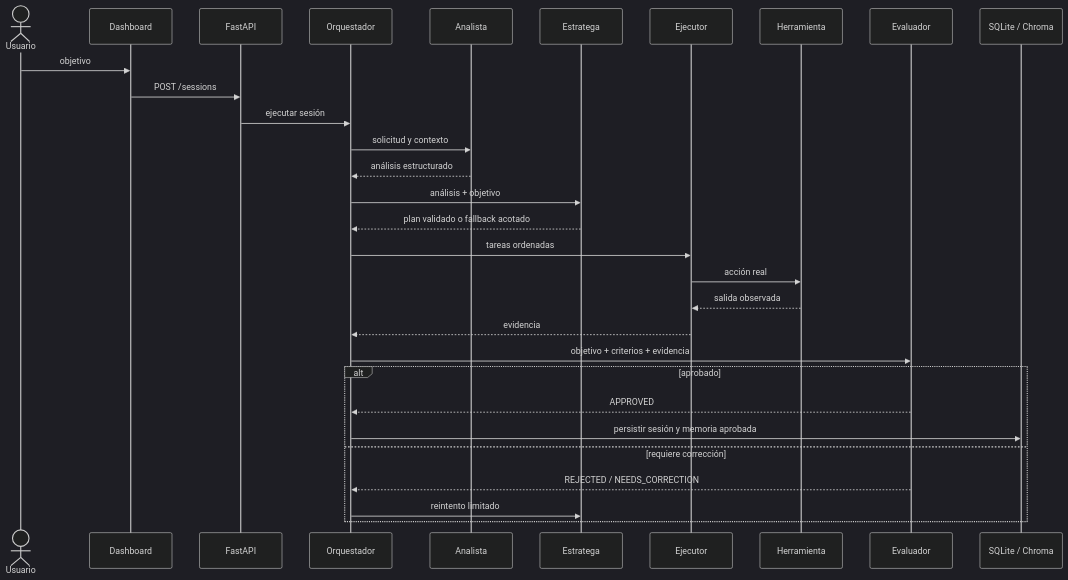
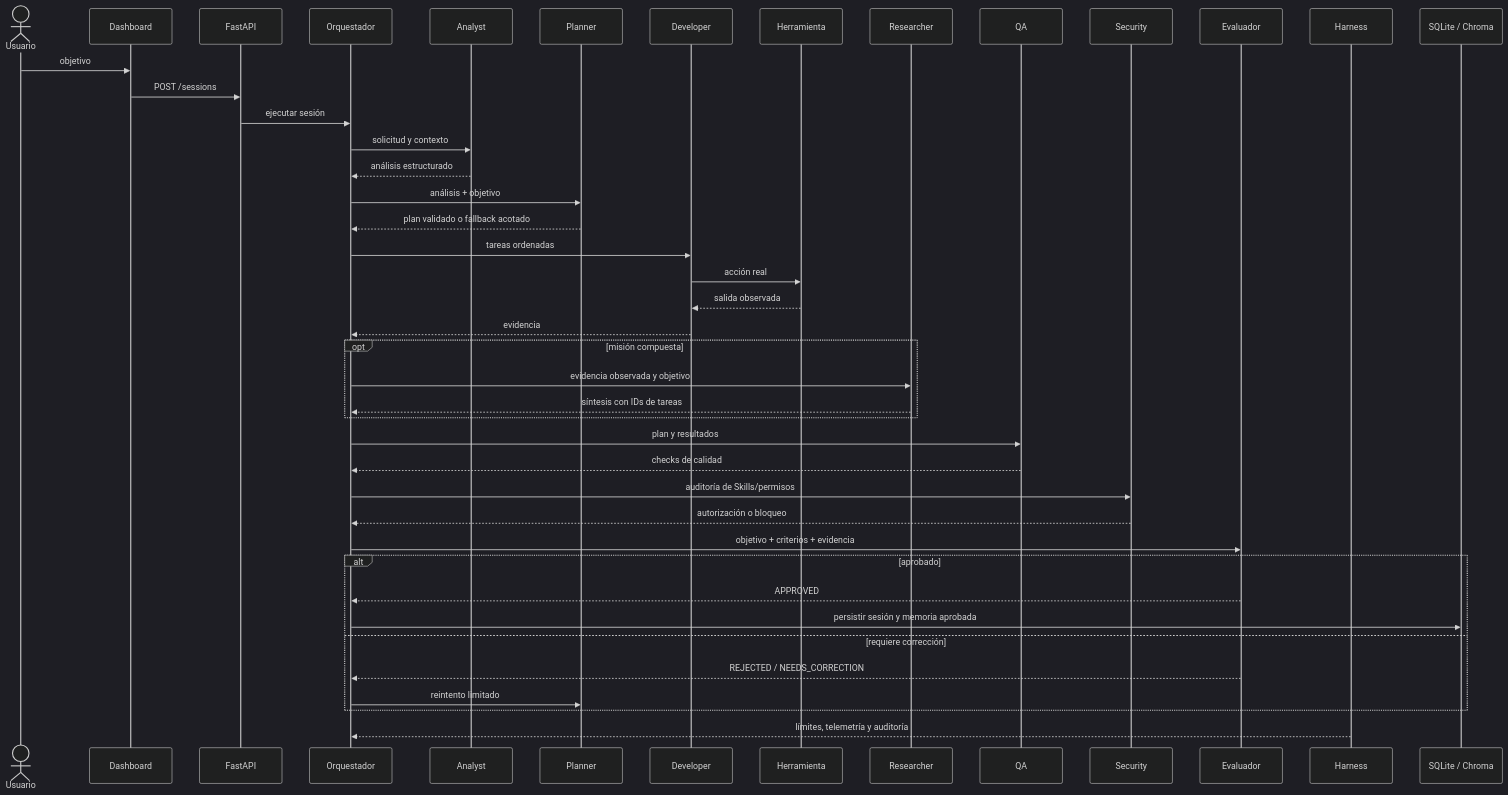
The first of 2 diagrams in DIAGRAMA.md (RubenArielArguello-ai/Copia-de-NEXO-MultiAgent-entrega), drawn with Mermaid (dark theme) before and after one commit. The commit also changed 31 other files, not shown here.

````diff
--- a/DIAGRAMA.md
+++ b/DIAGRAMA.md
@@ -5,32 +5,45 @@
 ```mermaid
 sequenceDiagram
   actor U as Usuario
   participant UI as Dashboard
   participant API as FastAPI
   participant O as Orquestador
-  participant A as Analista
-  participant S as Estratega
-  participant X as Ejecutor
+  participant A as Analyst
+  participant S as Planner
+  participant X as Developer
   participant T as Herramienta
+  participant R as Researcher
+  participant Q as QA
+  participant SC as Security
   participant E as Evaluador
+  participant H as Harness
   participant DB as SQLite / Chroma
   U->>UI: objetivo
   UI->>API: POST /sessions
   API->>O: ejecutar sesión
   O->>A: solicitud y contexto
   A-->>O: análisis estructurado
   O->>S: análisis + objetivo
   S-->>O: plan validado o fallback acotado
   O->>X: tareas ordenadas
   X->>T: acción real
   T-->>X: salida observada
   X-->>O: evidencia
+  opt misión compuesta
+    O->>R: evidencia observada y objetivo
+    R-->>O: síntesis con IDs de tareas
+  end
+  O->>Q: plan y resultados
+  Q-->>O: checks de calidad
+  O->>SC: auditoría de Skills/permisos
+  SC-->>O: autorización o bloqueo
   O->>E: objetivo + criterios + evidencia
   alt aprobado
     E-->>O: APPROVED
     O->>DB: persistir sesión y memoria aprobada
   else requiere corrección
     E-->>O: REJECTED / NEEDS_CORRECTION
     O->>S: reintento limitado
   end
+  H-->>O: límites, telemetría y auditoría
 ```
````
